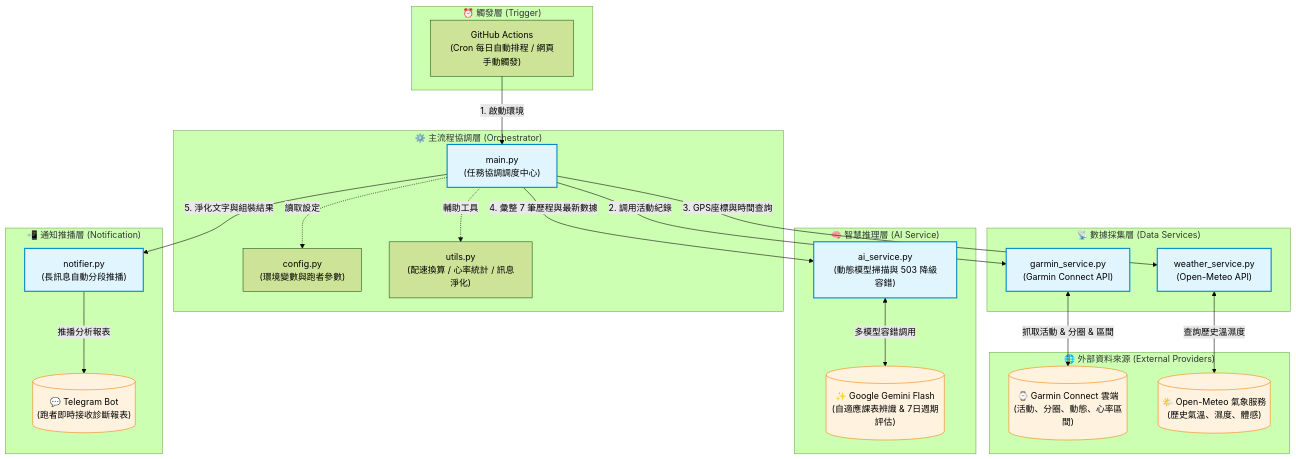
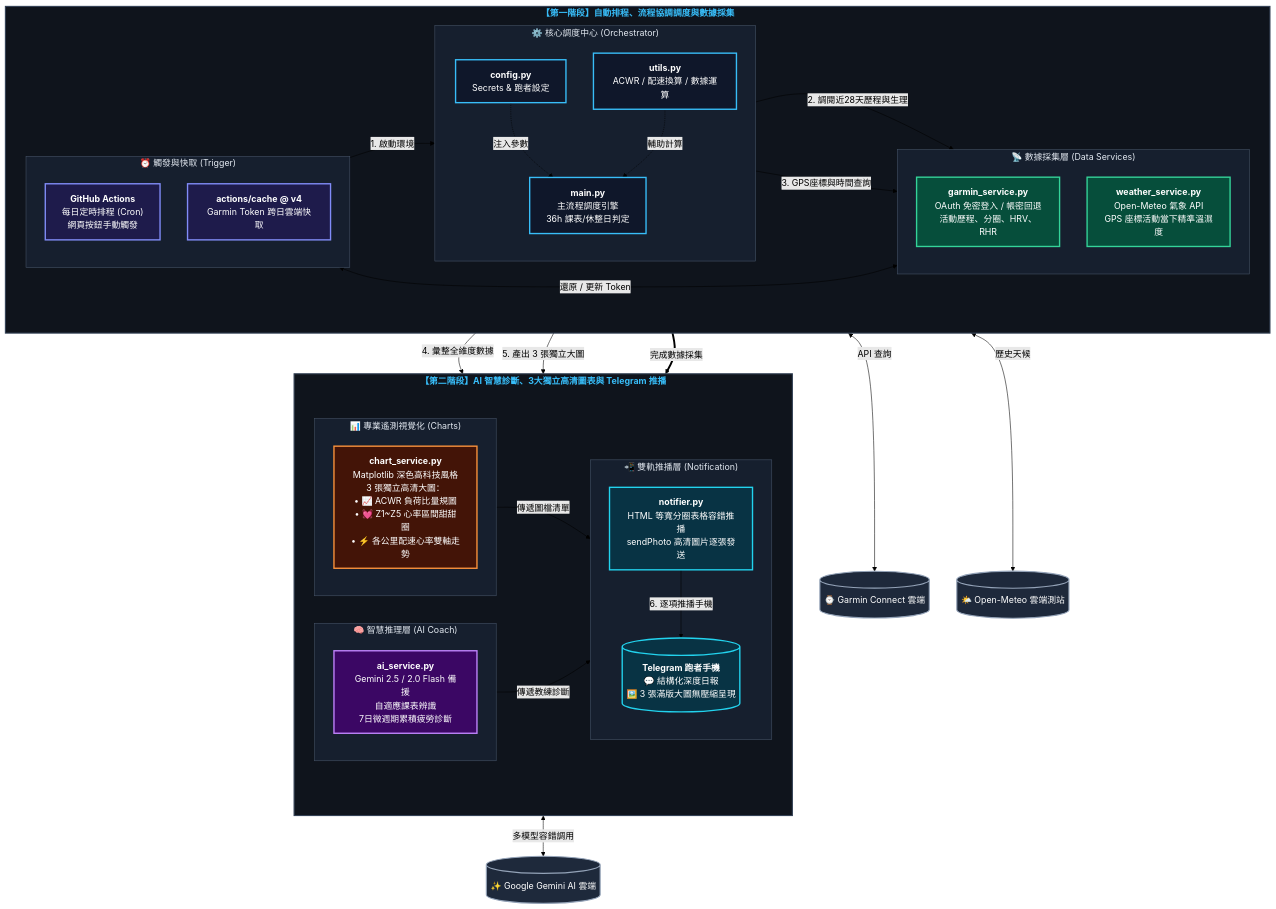
The diagram in README.md (flin1009/AI_Coach), drawn with Mermaid (forest theme) before and after one commit. The commit also changed other lines of this file and 1 other file, not shown here.

Commit message:
docs: 全面重構系統架構圖：導入高清寬幅架構海報 + 高對比大字體深色 Mermaid 向量流程圖

````diff
--- a/README.md
+++ b/README.md
@@ -15,54 +24,98 @@
 ```mermaid
-flowchart TD
-    subgraph Trigger["⏰ 觸發層 (Trigger)"]
-        GHA["GitHub Actions<br/>(Cron 每日自動排程 / 網頁手動觸發)"]
+flowchart TB
+    %% ================= 階段一：觸發、調度與資料採集 =================
+    subgraph STAGE1["<b>【第一階段】自動排程、流程協調調度與數據採集</b>"]
+        direction LR
+        subgraph G_TRIG["⏰ 觸發與快取 (Trigger)"]
+            direction TB
+            GHA["<b>GitHub Actions</b><br/>每日定時排程 (Cron)<br/>網頁按鈕手動觸發"]
+            CACHE["<b>actions/cache @ v4</b><br/>Garmin Token 跨日雲端快取"]
+        end
+
+        subgraph G_CORE["⚙️ 核心調度中心 (Orchestrator)"]
+            direction TB
+            MAIN["<b>main.py</b><br/>主流程調度引擎<br/>36h 課表/休整日判定"]
+            CONF["<b>config.py</b><br/>Secrets & 跑者設定"]
+            UTIL["<b>utils.py</b><br/>ACWR / 配速換算 / 數據運算"]
+        end
+
+        subgraph G_DATA["📡 數據採集層 (Data Services)"]
+            direction TB
+            GARMIN["<b>garmin_service.py</b><br/>OAuth 免密登入 / 帳密回退<br/>活動歷程、分圈、HRV、RHR"]
+            WEATHER["<b>weather_service.py</b><br/>Open-Meteo 氣象 API<br/>GPS 座標活動當下精準溫濕度"]
+        end
     end
 
-    subgraph Core["⚙️ 主流程協調層 (Orchestrator)"]
-        MAIN["main.py<br/>(任務協調調度中心)"]
-        CONF["config.py<br/>(環境變數與跑者參數)"]
-        UTIL["utils.py<br/>(配速換算 / 心率統計 / 訊息淨化)"]
+    %% ================= 階段二：AI 推理、圖表與推播 =================
+    subgraph STAGE2["<b>【第二階段】AI 智慧診斷、3大獨立高清圖表與 Telegram 推播</b>"]
+        direction LR
+        subgraph G_AI["🧠 智慧推理層 (AI Coach)"]
+            direction TB
+            AI["<b>ai_service.py</b><br/>Gemini 2.5 / 2.0 Flash 備援<br/>自適應課表辨識<br/>7日微週期累積疲勞診斷"]
+        end
+
+        subgraph G_CHART["📊 專業遙測視覺化 (Charts)"]
+            direction TB
+            CHART["<b>chart_service.py</b><br/>Matplotlib 深色高科技風格<br/>3 張獨立高清大圖：<br/>• 📈 ACWR 負荷比量規圖<br/>• 💓 Z1~Z5 心率區間甜甜圈<br/>• ⚡ 各公里配速心率雙軸走勢"]
+        end
+
+        subgraph G_PUSH["📲 雙軌推播層 (Notification)"]
+            direction TB
+            NOTIFY["<b>notifier.py</b><br/>HTML 等寬分圈表格容錯推播<br/>sendPhoto 高清圖片逐張發送"]
+            TG[("<b>Telegram 跑者手機</b><br/>💬 結構化深度日報<br/>🖼️ 3 張滿版大圖無壓縮呈現")]
+        end
     end
 
-    subgraph DataCollection["📡 數據採集層 (Data Services)"]
-        GARMIN["garmin_service.py<br/>(Garmin Connect API)"]
-        WEATHER["weather_service.py<br/>(Open-Meteo API)"]
-    end
+    %% 外部雲端節點
+    GARMIN_CLOUD[("⌚ Garmin Connect 雲端")]
+    METEO_CLOUD[("🌤️ Open-Meteo 雲端測站")]
+    GEMINI_CLOUD[("✨ Google Gemini AI 雲端")]
 
-    subgraph CloudServices["🌐 外部資料來源 (External Providers)"]
-        GARMIN_CLOUD[("⌚ Garmin Connect 雲端<br/>(活動、分圈、動態、心率區間)")]
-        METEO_CLOUD[("🌤️ Open-Meteo 氣象服務<br/>(歷史氣溫、濕度、體感)")]
-    end
+    %% 連線關聯
+    GHA -->|1. 啟動環境| MAIN
+    CACHE <-->|還原 / 更新 Token| GARMIN
+    CONF -.->|注入參數| MAIN
+    UTIL -.->|輔助計算| MAIN
 
-    subgraph Analysis["🧠 智慧推理層 (AI Service)"]
-        AI["ai_service.py<br/>(動態模型掃描與 503 降級容錯)"]
-        GEMINI[("✨ Google Gemini Flash<br/>(自適應課表辨識 & 7日週期評估)")]
-    end
-
-    subgraph Push["📲 通知推播層 (Notification)"]
-        NOTIFIER["notifier.py<br/>(長訊息自動分段推播)"]
-        TELEGRAM[("💬 Telegram Bot<br/>(跑者即時接收診斷報表)")]
-    end
-
-    %% 流程關係
-    GHA -->|1. 啟動環境| MAIN
-    MAIN -.->|讀取設定| CONF
-    MAIN -.->|輔助工具| UTIL
-
-    MAIN -->|2. 調用活動紀錄| GARMIN
-    GARMIN <-->|抓取活動 & 分圈 & 區間| GARMIN_CLOUD
+    MAIN -->|2. 調閱近28天歷程與生理| GARMIN
+    GARMIN <-->|API 查詢| GARMIN_CLOUD
 
     MAIN -->|3. GPS座標與時間查詢| WEATHER
-    WEATHER <-->|查詢歷史溫濕度| METEO_CLOUD
+    WEATHER <-->|歷史天候| METEO_CLOUD
 
-    MAIN -->|4. 彙整 7 筆歷程與最新數據| AI
-    AI <-->|多模型容錯調用| GEMINI
+    MAIN -->|4. 彙整全維度數據| AI
+    AI <-->|多模型容錯調用| GEMINI_CLOUD
 
-    MAIN -->|5. 淨化文字與組裝結果| NOTIFIER
-    NOTIFIER -->|推播分析報表| TELEGRAM
+    MAIN -->|5. 產出 3 張獨立大圖| CHART
+    STAGE1 ==>|完成數據採集| STAGE2
 
-    classDef highlight fill:#e1f5fe,stroke:#0288d1,stroke-width:2px;
-    classDef cloud fill:#fff3e0,stroke:#f57c00,stroke-width:1px;
-    class MAIN,AI,GARMIN,WEATHER,NOTIFIER highlight;
-    class GARMIN_CLOUD,METEO_CLOUD,GEMINI,TELEGRAM cloud;
+    CHART -->|傳遞圖檔清單| NOTIFY
+    AI -->|傳遞教練診斷| NOTIFY
+    NOTIFY -->|6. 逐項推播手機| TG
+
+    %% 高對比、大字體樣式定義 (深色高對比底色 + 純白粗體字，保證在 GitHub 淺色/深色模式下皆極度清晰)
+    classDef triggerNode fill:#1e1b4b,stroke:#818cf8,stroke-width:2.5px,color:#ffffff;
+    classDef coreNode fill:#0f172a,stroke:#38bdf8,stroke-width:2.5px,color:#ffffff;
+    classDef dataNode fill:#064e3b,stroke:#34d399,stroke-width:2.5px,color:#ffffff;
+    classDef aiNode fill:#3b0764,stroke:#c084fc,stroke-width:2.5px,color:#ffffff;
+    classDef chartNode fill:#431407,stroke:#fb923c,stroke-width:2.5px,color:#ffffff;
+    classDef pushNode fill:#083344,stroke:#22d3ee,stroke-width:2.5px,color:#ffffff;
+    classDef cloudNode fill:#1e293b,stroke:#94a3b8,stroke-width:2px,color:#ffffff;
+
+    class GHA,CACHE triggerNode;
+    class MAIN,CONF,UTIL coreNode;
+    class GARMIN,WEATHER dataNode;
+    class AI aiNode;
+    class CHART chartNode;
+    class NOTIFY,TG pushNode;
+    class GARMIN_CLOUD,METEO_CLOUD,GEMINI_CLOUD cloudNode;
+
+    style STAGE1 fill:#0f141c,stroke:#334155,stroke-width:2px,color:#38bdf8
+    style STAGE2 fill:#0f141c,stroke:#334155,stroke-width:2px,color:#38bdf8
+    style G_TRIG fill:#161f2e,stroke:#475569,stroke-width:1px,color:#e2e8f0
+    style G_CORE fill:#161f2e,stroke:#475569,stroke-width:1px,color:#e2e8f0
+    style G_DATA fill:#161f2e,stroke:#475569,stroke-width:1px,color:#e2e8f0
+    style G_AI fill:#161f2e,stroke:#475569,stroke-width:1px,color:#e2e8f0
+    style G_CHART fill:#161f2e,stroke:#475569,stroke-width:1px,color:#e2e8f0
+    style G_PUSH fill:#161f2e,stroke:#475569,stroke-width:1px,color:#e2e8f0
 ```
````
